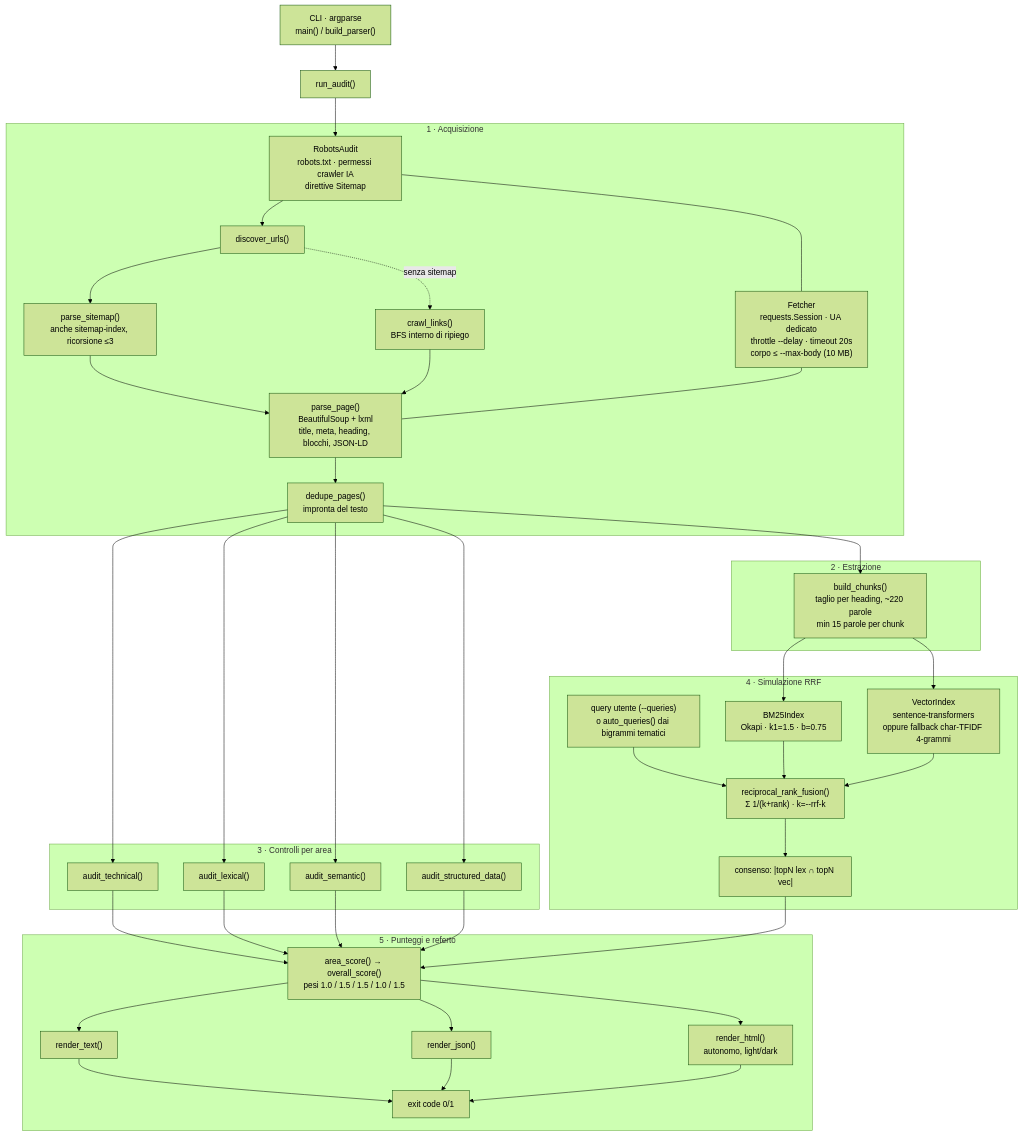
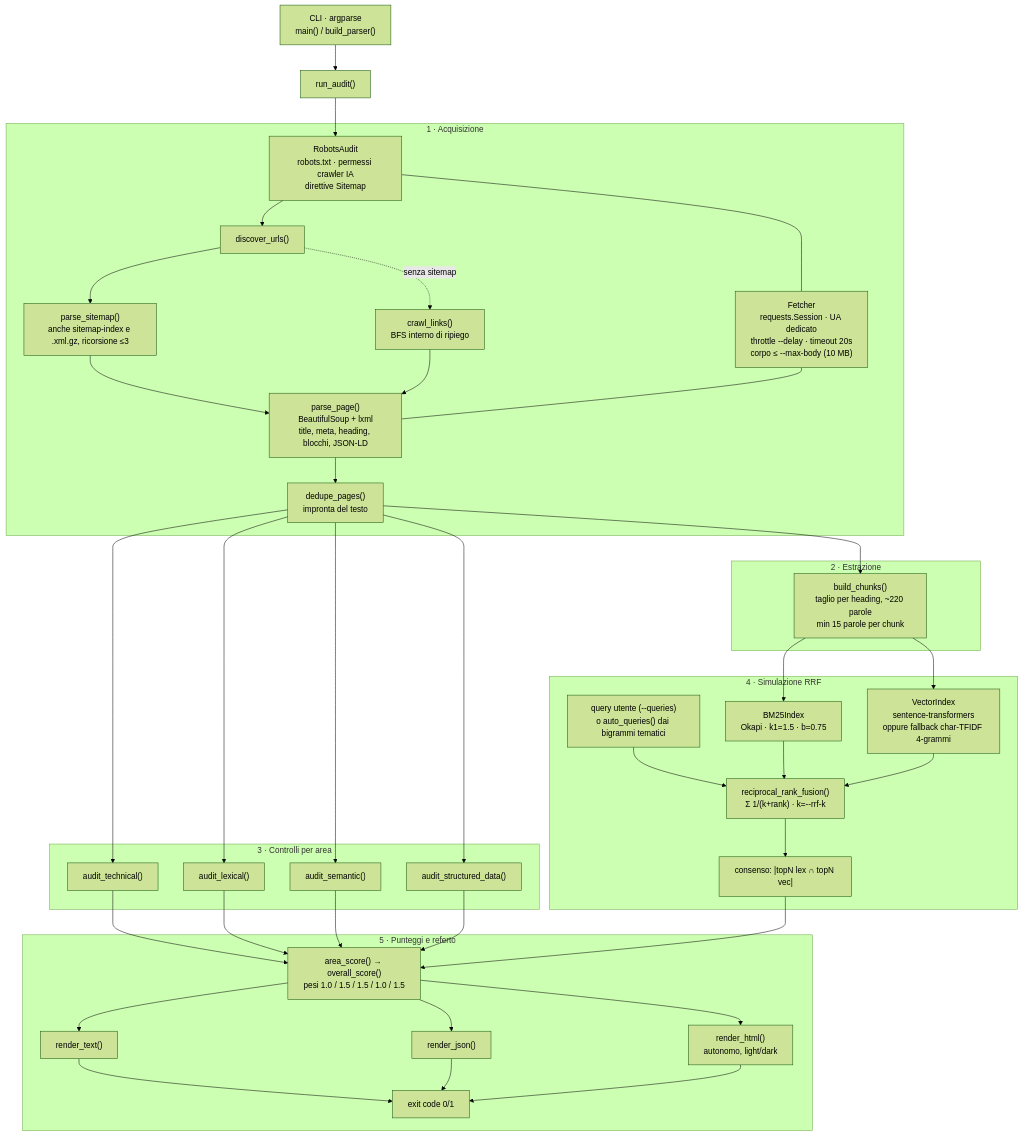
Before and after one commit to saulusprime/MARS-Beacon: the first of 2 diagrams in README.md, drawn with Mermaid (forest theme). The commit also changed other lines of this file and 6 other files, not shown here.

````diff
--- a/README.md
+++ b/README.md
@@ -221,59 +223,59 @@
 ```mermaid
 flowchart TD
     CLI["CLI · argparse<br/>main() / build_parser()"] --> RUN["run_audit()"]
 
     subgraph ACQ["1 · Acquisizione"]
         F["Fetcher<br/>requests.Session · UA dedicato<br/>throttle --delay · timeout 20s<br/>corpo ≤ --max-body (10 MB)"]
         RB["RobotsAudit<br/>robots.txt · permessi crawler IA<br/>direttive Sitemap"]
         DISC["discover_urls()"]
-        SM["parse_sitemap()<br/>anche sitemap-index, ricorsione ≤3"]
+        SM["parse_sitemap()<br/>anche sitemap-index e .xml.gz, ricorsione ≤3"]
         CR["crawl_links()<br/>BFS interno di ripiego"]
         PP["parse_page()<br/>BeautifulSoup + lxml<br/>title, meta, heading, blocchi, JSON-LD"]
         DD["dedupe_pages()<br/>impronta del testo"]
     end
 
     subgraph EXTR["2 · Estrazione"]
         CH["build_chunks()<br/>taglio per heading, ~220 parole<br/>min 15 parole per chunk"]
     end
 
     subgraph AUD["3 · Controlli per area"]
         A1["audit_technical()"]
         A2["audit_lexical()"]
         A3["audit_semantic()"]
         A4["audit_structured_data()"]
     end
 
     subgraph RRF["4 · Simulazione RRF"]
         Q["query utente (--queries)<br/>o auto_queries() dai bigrammi tematici"]
         BM["BM25Index<br/>Okapi · k1=1.5 · b=0.75"]
         VI["VectorIndex<br/>sentence-transformers<br/>oppure fallback char-TFIDF 4-grammi"]
         FUSE["reciprocal_rank_fusion()<br/>Σ 1/(k+rank) · k=--rrf-k"]
         CONS["consenso: |topN lex ∩ topN vec|"]
     end
 
     subgraph OUT["5 · Punteggi e referto"]
         SC["area_score() → overall_score()<br/>pesi 1.0 / 1.5 / 1.5 / 1.0 / 1.5"]
         RT["render_text()"]
         RJ["render_json()"]
         RH["render_html()<br/>autonomo, light/dark"]
         EX["exit code 0/1"]
     end
 
     RUN --> RB --> DISC
     DISC --> SM
     DISC -.->|senza sitemap| CR
     RB --- F
     SM --> PP
     CR --> PP
     F --- PP
     PP --> DD --> CH
     DD --> A1 & A2 & A3 & A4
     CH --> BM & VI
     Q --> FUSE
     BM --> FUSE
     VI --> FUSE
     FUSE --> CONS
     A1 & A2 & A3 & A4 --> SC
     CONS --> SC
     SC --> RT & RJ & RH --> EX
 ```
````
